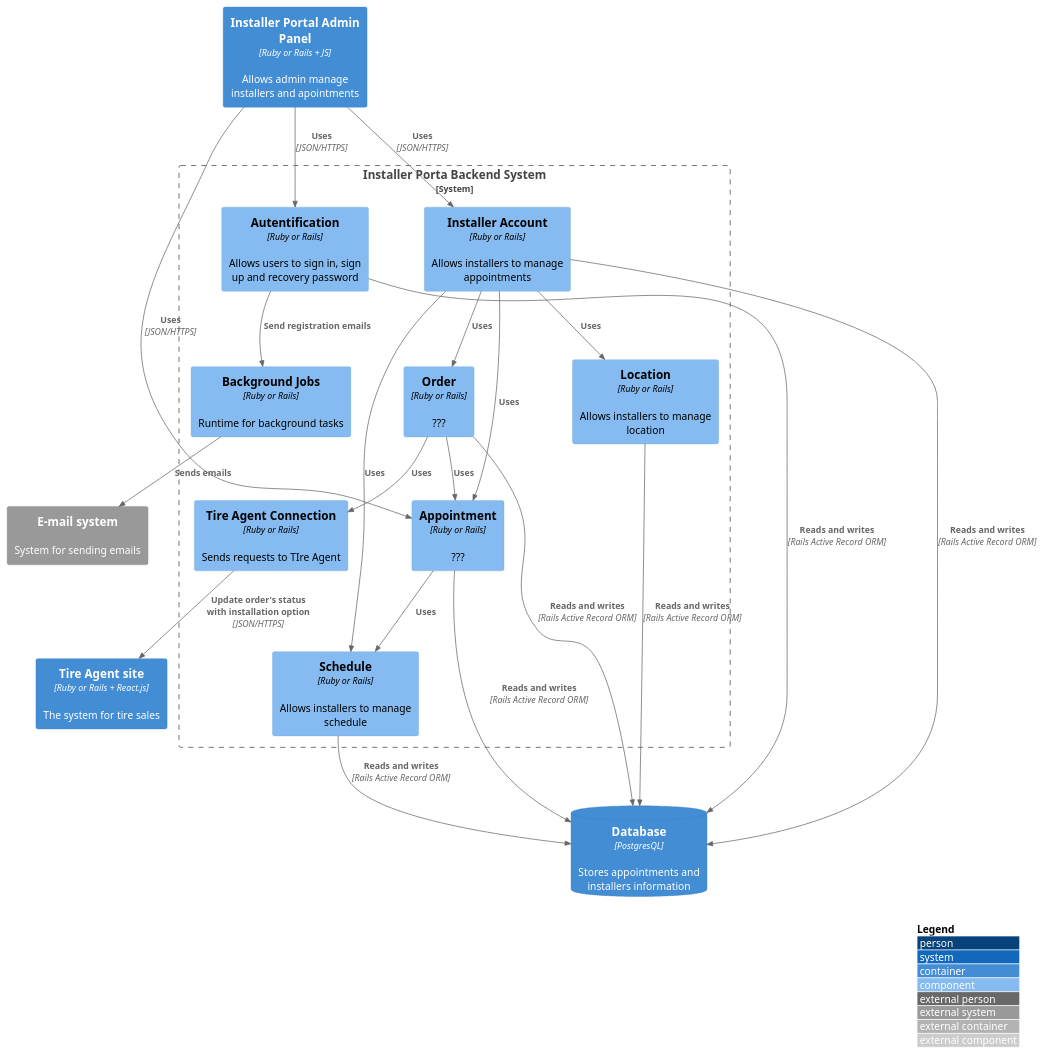
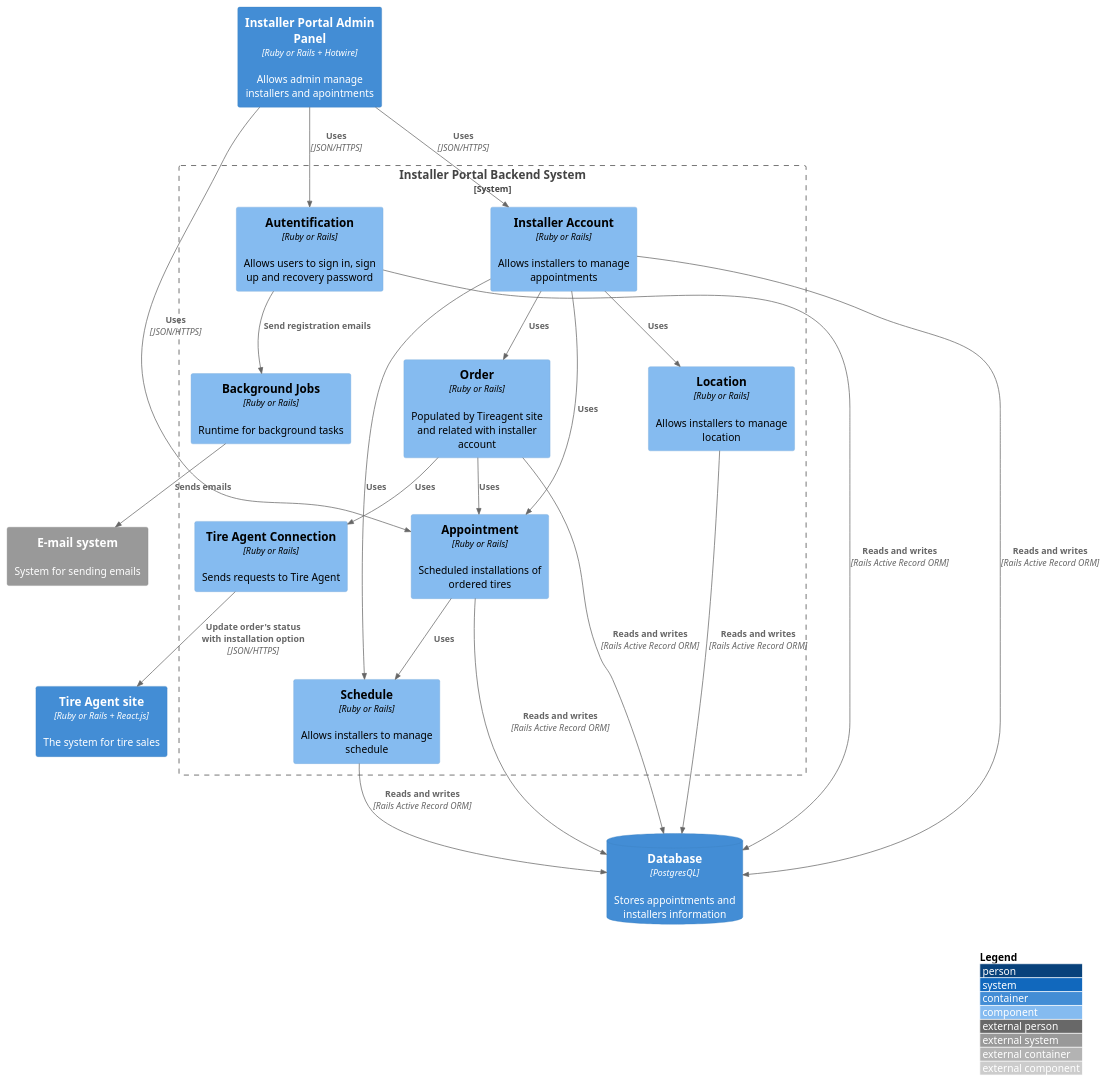
One commit to artsiomivanets/docs changed the diagram in src/1.4 Diagrams for TireAgent Installers Portal/1.4.3 Components Diagram/context.puml. Above: the diagram before and after it, drawn with PlantUML. The commit also changed 39 other files, not shown here.

Commit message:
added Supplier Portal diagrams

```diff
--- a/src/1.4 Diagrams for TireAgent Installers Portal/1.4.3 Components Diagram/context.puml
+++ b/src/1.4 Diagrams for TireAgent Installers Portal/1.4.3 Components Diagram/context.puml
@@ -1,46 +1,46 @@
 @startuml
 !include https://raw.githubusercontent.com/adrianvlupu/C4-PlantUML/latest/C4_Container.puml
 !include https://raw.githubusercontent.com/adrianvlupu/C4-PlantUML/latest/C4_Component.puml
 
 LAYOUT_WITH_LEGEND()
 
-Container(ip_admin_panel, "Installer Portal Admin Panel", "Ruby or Rails + JS", "Allows admin manage installers and apointments")
+Container(ip_admin_panel, "Installer Portal Admin Panel", "Ruby or Rails + Hotwire", "Allows admin manage installers and apointments")
 ContainerDb(db, "Database", "PostgresQL", "Stores appointments and installers information")
 System_Ext(e_mail, "E-mail system", "System for sending emails")
 Container(ta, "Tire Agent site", "Ruby or Rails + React.js", "The system for tire sales")
 
-System_Boundary(ip_system, "Installer Porta Backend System") {
+System_Boundary(ip_system, "Installer Portal Backend System") {
     Component(autentification, "Autentification", "Ruby or Rails", "Allows users to sign in, sign up and recovery password")
-    Component(appointment, "Appointment", "Ruby or Rails", "???")
+    Component(appointment, "Appointment", "Ruby or Rails", "Scheduled installations of ordered tires")
     Component(installer, "Installer Account", "Ruby or Rails", "Allows installers to manage appointments")
-    Component(order, "Order", "Ruby or Rails", "???")
+    Component(order, "Order", "Ruby or Rails", "Populated by Tireagent site and related with installer account")
     Component(schedule, "Schedule", "Ruby or Rails", "Allows installers to manage schedule")
-    Component(tireagent_connection, "Tire Agent Connection", "Ruby or Rails", "Sends requests to TIre Agent")
+    Component(tireagent_connection, "Tire Agent Connection", "Ruby or Rails", "Sends requests to Tire Agent")
     Component(location, "Location", "Ruby or Rails", "Allows installers to manage location")
     Component(bg_jobs, "Background Jobs", "Ruby or Rails", "Runtime for background tasks")
 }
 
 Rel(ip_admin_panel, appointment, "Uses", "JSON/HTTPS")
 Rel(ip_admin_panel, installer, "Uses", "JSON/HTTPS")
 Rel(ip_admin_panel, autentification, "Uses", "JSON/HTTPS")
 Rel(autentification, bg_jobs, "Send registration emails")
 Rel(bg_jobs, e_mail, "Sends emails")
 
 Rel(installer, schedule, "Uses")
 Rel(installer, order, "Uses")
 Rel(installer, location, "Uses")
 Rel(installer, appointment, "Uses")
 Rel(appointment, schedule, "Uses")
 Rel(order, appointment, "Uses")
 Rel(order, tireagent_connection, "Uses")
 Rel(tireagent_connection, ta, "Update order's status with installation option", "JSON/HTTPS")
 
 
 Rel(autentification, db, "Reads and writes", "Rails Active Record ORM")
 Rel(appointment, db, "Reads and writes", "Rails Active Record ORM")
 Rel(installer, db, "Reads and writes", "Rails Active Record ORM")
 Rel(schedule, db, "Reads and writes", "Rails Active Record ORM")
 Rel(order, db, "Reads and writes", "Rails Active Record ORM")
 Rel(location, db, "Reads and writes", "Rails Active Record ORM")
 
 @enduml
```
